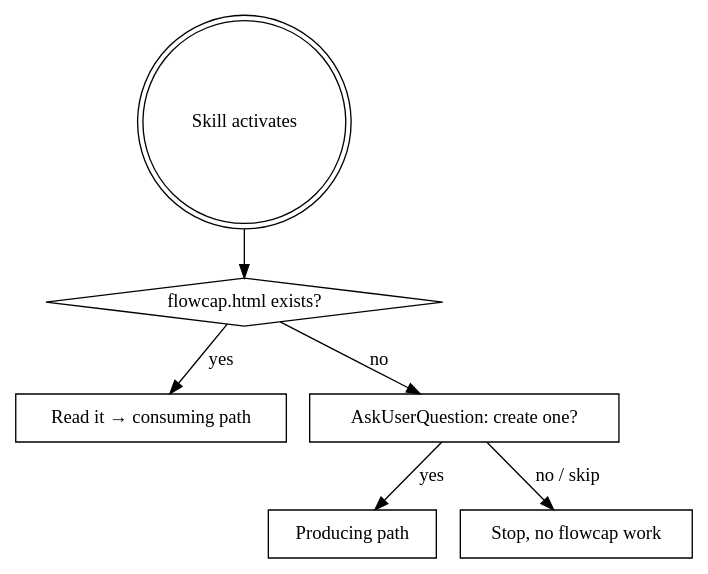
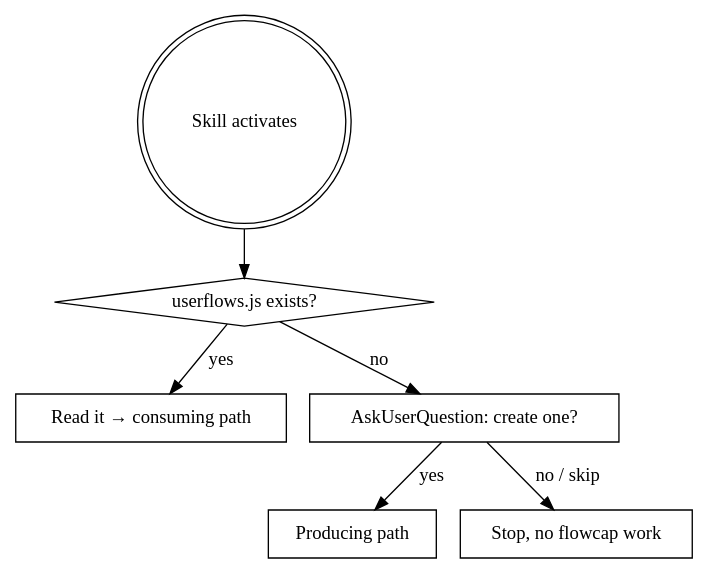
The diagram in dev-tools/flowcap/SKILL.md (addisonk/claude-code-skills), drawn with Graphviz before and after one commit. The commit also changed other lines of this file and 3 other files, not shown here.

First line of the commit message:
flowcap: load data from sibling userflows.js instead of inline JSON

````diff
--- a/dev-tools/flowcap/SKILL.md
+++ b/dev-tools/flowcap/SKILL.md
@@ -16,16 +22,16 @@
 ```dot
 digraph entry {
   "Skill activates" [shape=doublecircle];
-  "flowcap.html exists?" [shape=diamond];
+  "userflows.js exists?" [shape=diamond];
   "Read it → consuming path" [shape=box];
   "AskUserQuestion: create one?" [shape=box];
   "Producing path" [shape=box];
   "Stop, no flowcap work" [shape=box];
 
-  "Skill activates" -> "flowcap.html exists?";
-  "flowcap.html exists?" -> "Read it → consuming path" [label="yes"];
-  "flowcap.html exists?" -> "AskUserQuestion: create one?" [label="no"];
+  "Skill activates" -> "userflows.js exists?";
+  "userflows.js exists?" -> "Read it → consuming path" [label="yes"];
+  "userflows.js exists?" -> "AskUserQuestion: create one?" [label="no"];
   "AskUserQuestion: create one?" -> "Producing path" [label="yes"];
   "AskUserQuestion: create one?" -> "Stop, no flowcap work" [label="no / skip"];
 }
 ```
````
